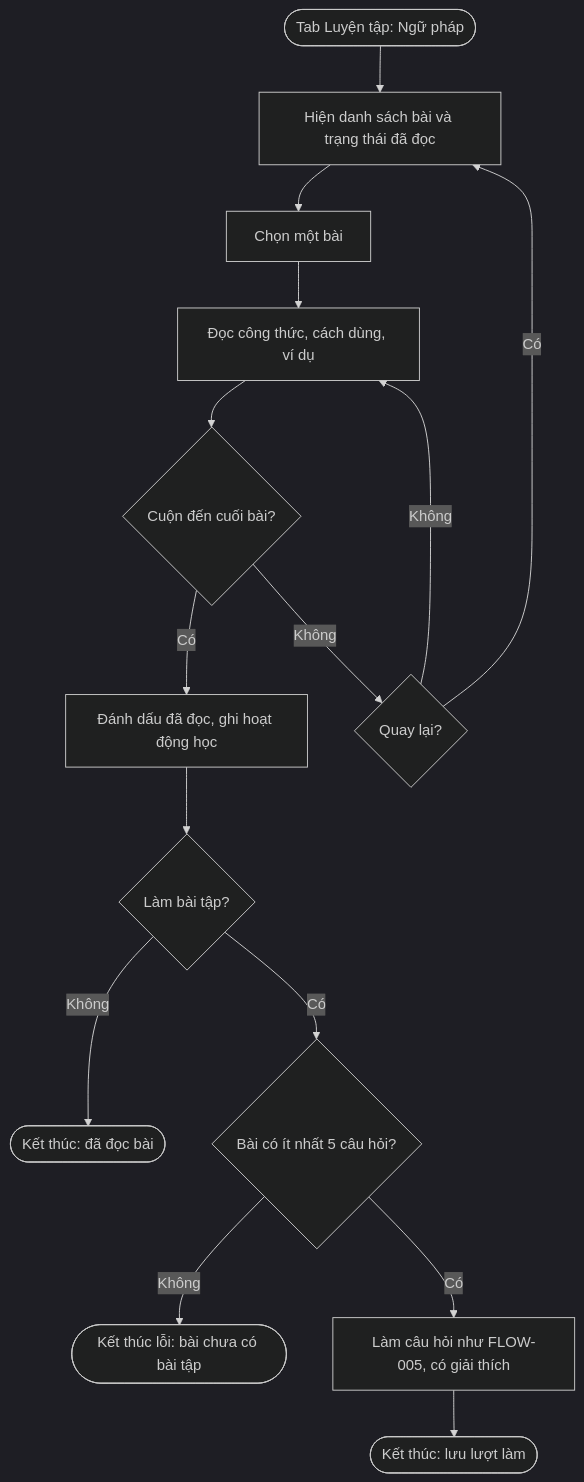
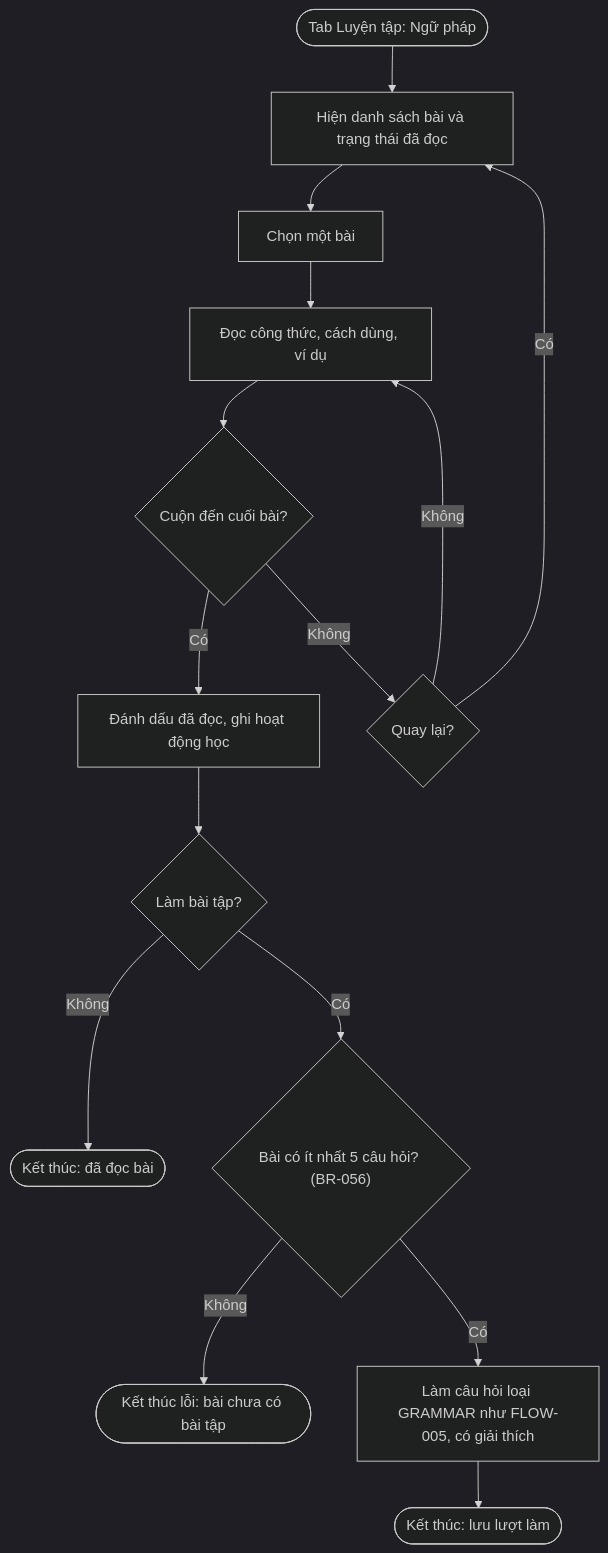
One commit to at1308033-sketch/LearningE_app changed the seventh of 18 diagrams in docs/project/Use-Cases.md. Above: the diagram before and after it, drawn with Mermaid (dark theme). The commit also changed other lines of this file and 172 other files, not shown here.

First line of the commit message:
Bổ sung sơ đồ ca sử dụng (use case diagram) cho tiến trình học tập và lời nhắc, tệp đầu ra định dạng SVG, cùng tập lệnh tạo tài liệu

````diff
--- a/docs/project/Use-Cases.md
+++ b/docs/project/Use-Cases.md
@@ -398,17 +451,17 @@
 ```mermaid
 flowchart TD
   S([Tab Luyện tập: Ngữ pháp]) --> A[Hiện danh sách bài và trạng thái đã đọc]
   A --> B[Chọn một bài]
   B --> C[Đọc công thức, cách dùng, ví dụ]
   C --> D{Cuộn đến cuối bài?}
   D -- Có --> MK[Đánh dấu đã đọc, ghi hoạt động học]
   D -- Không --> BK{Quay lại?}
   BK -- Có --> A
   BK -- Không --> C
   MK --> EX{Làm bài tập?}
   EX -- Không --> E1([Kết thúc: đã đọc bài])
-  EX -- Có --> H{Bài có ít nhất 5 câu hỏi?}
+  EX -- Có --> H{"Bài có ít nhất 5 câu hỏi? (BR-056)"}
   H -- Không --> E0([Kết thúc lỗi: bài chưa có bài tập])
-  H -- Có --> QZ[Làm câu hỏi như FLOW-005, có giải thích]
+  H -- Có --> QZ[Làm câu hỏi loại GRAMMAR như FLOW-005, có giải thích]
   QZ --> E2([Kết thúc: lưu lượt làm])
 ```
````
